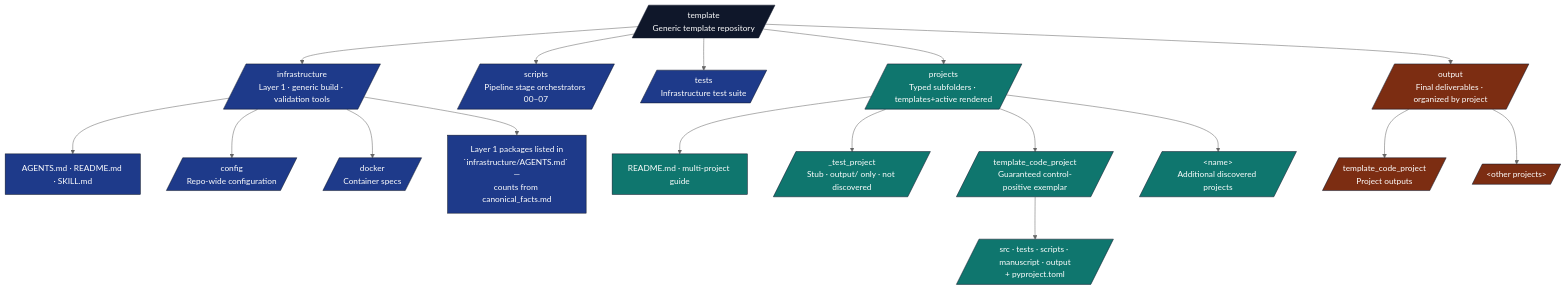
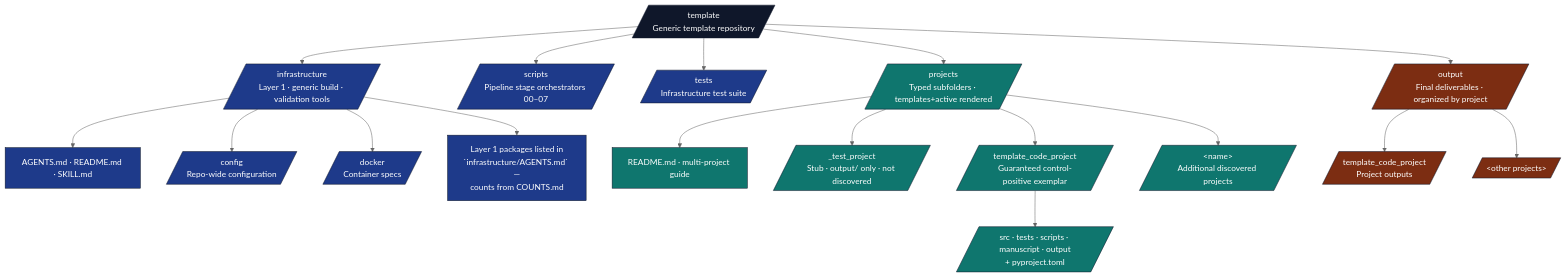
Before and after one commit to docxology/template: the first of 4 diagrams in AGENTS.md, drawn with Mermaid (neutral theme). The commit also changed other lines of this file and 94 other files, not shown here.

````diff
--- a/AGENTS.md
+++ b/AGENTS.md
@@ -214,34 +214,34 @@
 ```mermaid
 flowchart TB
     ROOT[/template<br/>Generic template repository/]
 
     ROOT --> INFRA[/infrastructure<br/>Layer 1 · generic build · validation tools/]
     ROOT --> SCRIPTS[/scripts<br/>Pipeline stage orchestrators 00–07/]
     ROOT --> TESTS[/tests<br/>Infrastructure test suite/]
     ROOT --> PROJECTS[/projects<br/>Typed subfolders · templates+active rendered/]
     ROOT --> OUT[/output<br/>Final deliverables · organized by project/]
 
     INFRA --> I_DOCS[AGENTS.md · README.md · SKILL.md]
     INFRA --> I_CONFIG[/config<br/>Repo-wide configuration/]
     INFRA --> I_DOCKER[/docker<br/>Container specs/]
-    INFRA --> I_SUB[Layer 1 packages listed in<br/>`infrastructure/AGENTS.md` —<br/>counts from canonical_facts.md]
+    INFRA --> I_SUB[Layer 1 packages listed in<br/>`infrastructure/AGENTS.md` —<br/>counts from COUNTS.md]
 
     PROJECTS --> P_README[README.md · multi-project guide]
     PROJECTS --> P_STUB[/_test_project<br/>Stub · output/ only · not discovered/]
     PROJECTS --> P_CODE[/template_code_project<br/>Guaranteed control-positive exemplar/]
     PROJECTS --> P_OTHER[/&lt;name&gt;<br/>Additional discovered projects/]
 
     P_CODE --> P_C_SRC[/src · tests · scripts · manuscript · output<br/>+ pyproject.toml/]
 
     OUT --> O_CODE[/template_code_project<br/>Project outputs/]
     OUT --> O_DOTS[/&lt;other projects&gt;/]
 
     classDef root fill:#0f172a,stroke:#0f172a,color:#fff
     classDef l1 fill:#1e3a8a,stroke:#0f172a,color:#fff
     classDef l2 fill:#0f766e,stroke:#0f172a,color:#fff
     classDef gen fill:#7c2d12,stroke:#0f172a,color:#fff
     class ROOT root
     class INFRA,SCRIPTS,TESTS,I_CONFIG,I_DOCKER,I_SUB,I_DOCS l1
     class PROJECTS,P_CODE,P_OTHER,P_STUB,P_README,P_C_SRC l2
     class WIP,ARCH,OUT,O_CODE,O_DOTS gen
 ```
````
